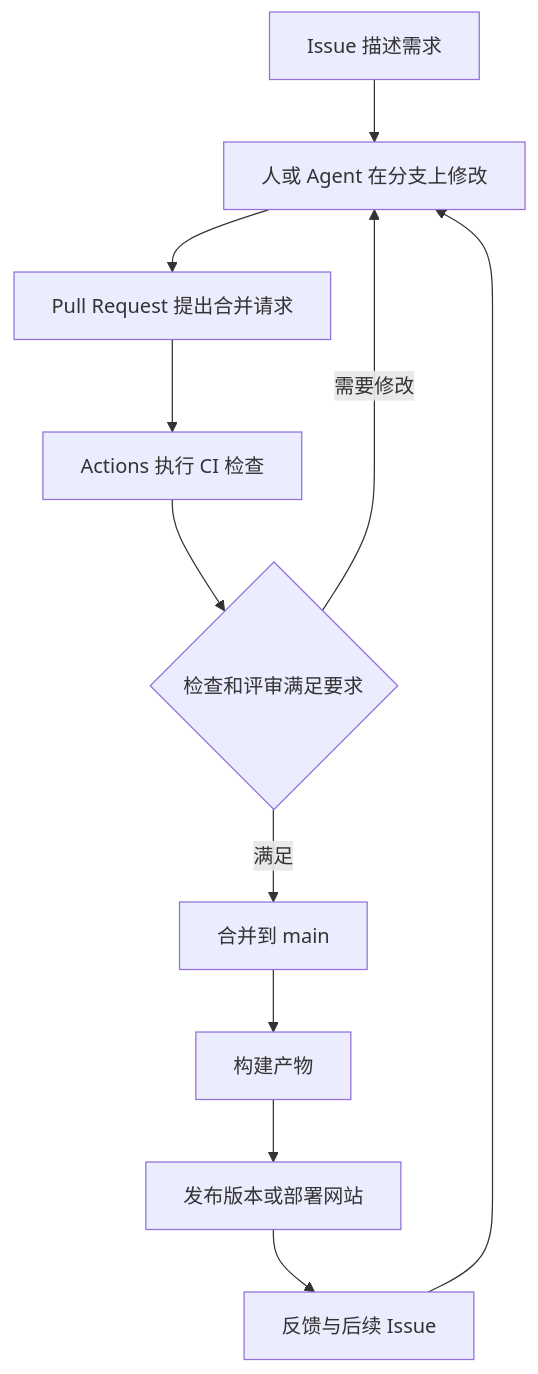
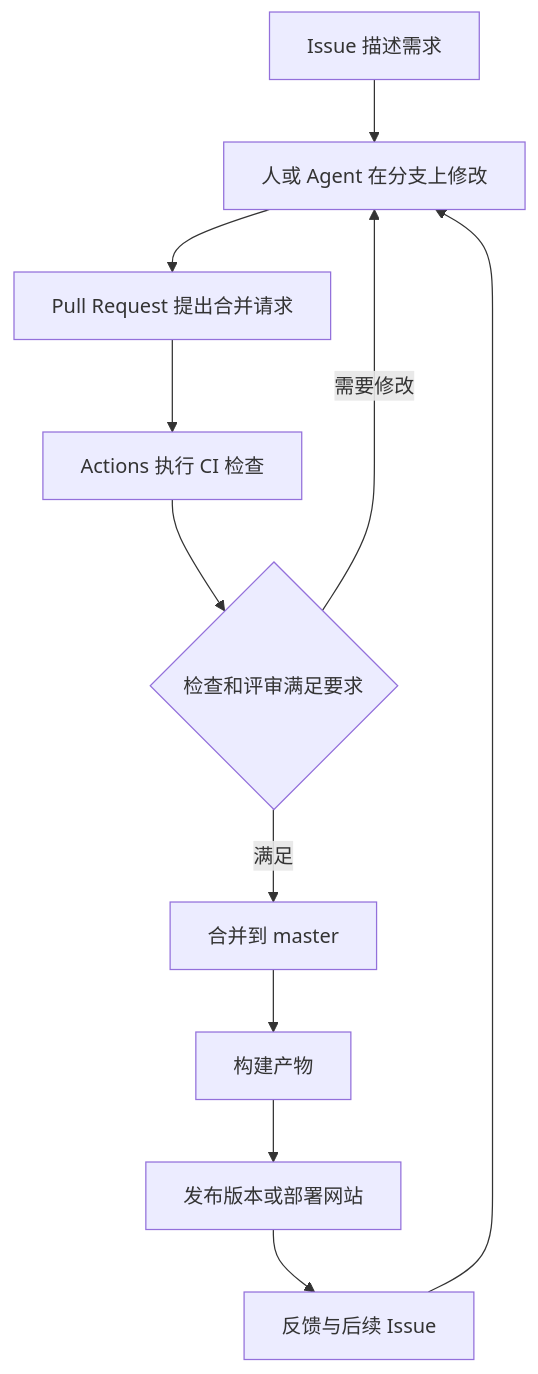
Before and after one commit to WangKangAandy/AI-Engineering-Notes: the diagram in 笔记/GitHub 协作与自动化：01 学习路线.md, drawn with Mermaid. The commit also changed other lines of this file and 8 other files, not shown here.

````diff
--- a/笔记/GitHub 协作与自动化：01 学习路线.md
+++ b/笔记/GitHub 协作与自动化：01 学习路线.md
@@ -42,13 +42,13 @@
 ```mermaid
 flowchart TD
     A[Issue 描述需求] --> B[人或 Agent 在分支上修改]
     B --> C[Pull Request 提出合并请求]
     C --> D[Actions 执行 CI 检查]
     D --> E{检查和评审满足要求}
     E -->|需要修改| B
-    E -->|满足| F[合并到 main]
+    E -->|满足| F[合并到 master]
     F --> G[构建产物]
     G --> H[发布版本或部署网站]
     H --> I[反馈与后续 Issue]
     I --> B
 ```
````
